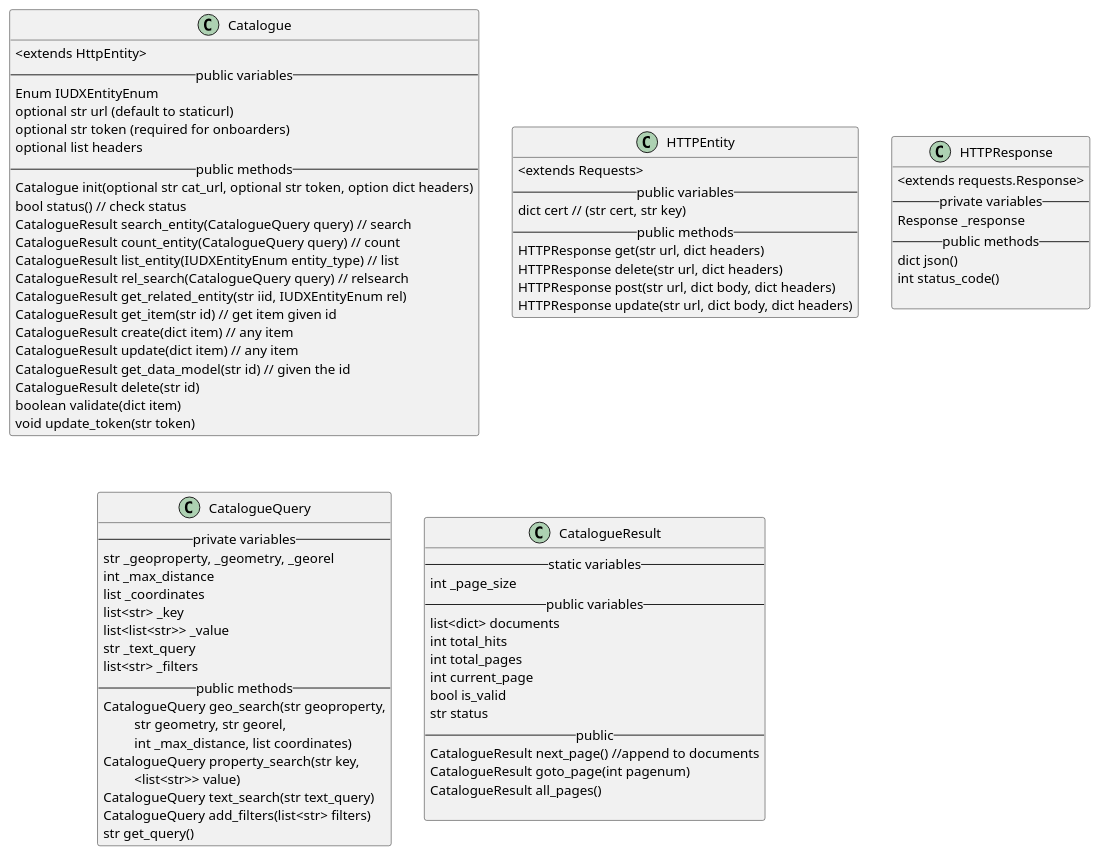
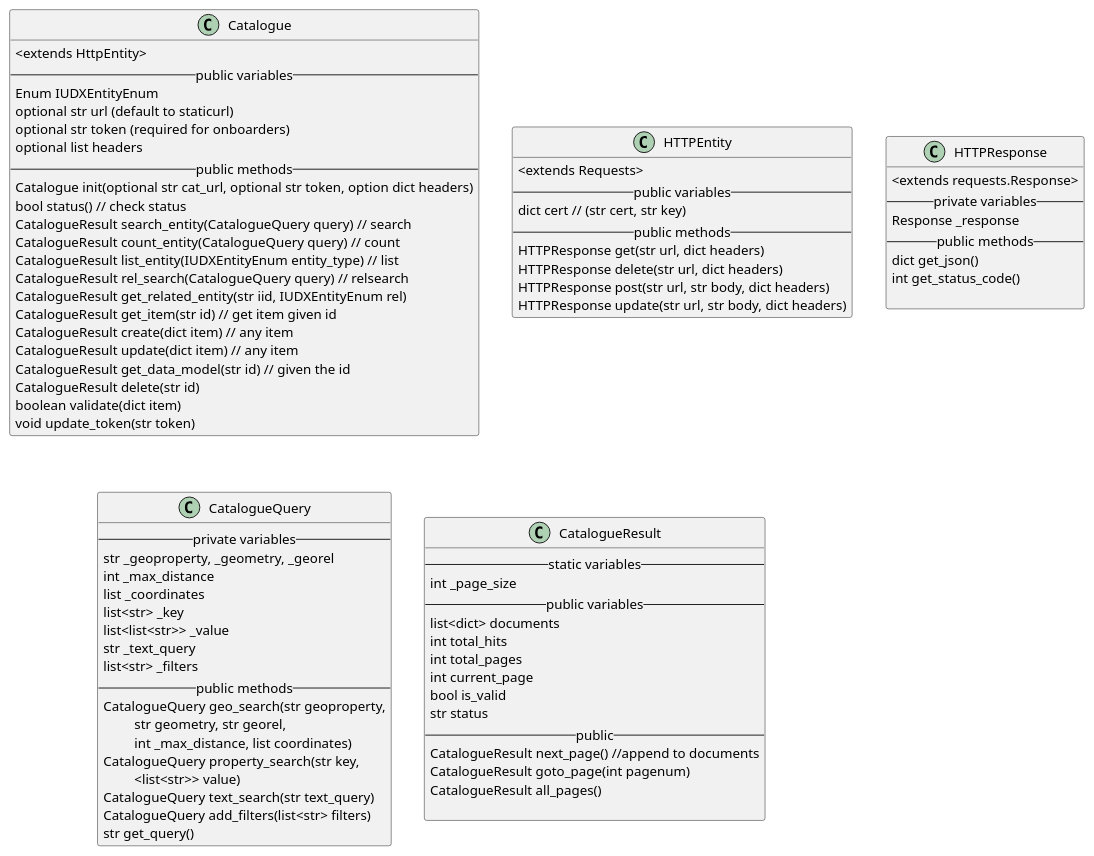
One commit to datakaveri/iudx-python-sdk changed the diagram in docs/diagrams/CatalogueEntity.puml. Above: the diagram before and after it, drawn with PlantUML. The commit also changed 15 other files, not shown here.

```diff
--- a/docs/diagrams/CatalogueEntity.puml
+++ b/docs/diagrams/CatalogueEntity.puml
@@ -1,88 +1,88 @@
 @startuml
 class Catalogue  {
     <extends HttpEntity>
   -- public variables --
   Enum IUDXEntityEnum
   optional str url (default to staticurl)
   optional str token (required for onboarders)
   optional list headers
   -- public methods --
   Catalogue init(optional str cat_url, optional str token, option dict headers)
   bool status() // check status
   CatalogueResult search_entity(CatalogueQuery query) // search
   CatalogueResult count_entity(CatalogueQuery query) // count
   CatalogueResult list_entity(IUDXEntityEnum entity_type) // list
   CatalogueResult rel_search(CatalogueQuery query) // relsearch
   CatalogueResult get_related_entity(str iid, IUDXEntityEnum rel)
   CatalogueResult get_item(str id) // get item given id
   CatalogueResult create(dict item) // any item
   CatalogueResult update(dict item) // any item
   CatalogueResult get_data_model(str id) // given the id
   CatalogueResult delete(str id)
   boolean validate(dict item)
   void update_token(str token)
 }
 
 class HTTPEntity  {
   <extends Requests>
   -- public variables --
   dict cert // (str cert, str key)
   -- public methods --
   HTTPResponse get(str url, dict headers)
   HTTPResponse delete(str url, dict headers)
-  HTTPResponse post(str url, dict body, dict headers)
-  HTTPResponse update(str url, dict body, dict headers)
+  HTTPResponse post(str url, str body, dict headers)
+  HTTPResponse update(str url, str body, dict headers)
 }
 
 class HTTPResponse {
   <extends requests.Response>
   -- private variables --
   Response _response
   -- public methods --
-  dict json()
-  int status_code()
+  dict get_json()
+  int get_status_code()
 
 }
 
 
 class CatalogueQuery {
     -- private variables--
     str _geoproperty, _geometry, _georel
     int _max_distance
     list _coordinates
     list<str> _key
     list<list<str>> _value
     str _text_query
     list<str> _filters
     -- public methods --
     CatalogueQuery geo_search(str geoproperty,
         \t str geometry, str georel, 
         \t int _max_distance, list coordinates)
     CatalogueQuery property_search(str key,
                         \t <list<str>> value)
     CatalogueQuery text_search(str text_query)
     CatalogueQuery add_filters(list<str> filters)
     str get_query()
 }
 
 
 class CatalogueResult {
     -- static variables --
     int _page_size
     -- public variables --
     list<dict> documents
     int total_hits
     int total_pages
     int current_page
     bool is_valid
     str status
     -- public --
     CatalogueResult next_page() //append to documents
     CatalogueResult goto_page(int pagenum)
     CatalogueResult all_pages()
 
 }
 
 
 
 @enduml
```
